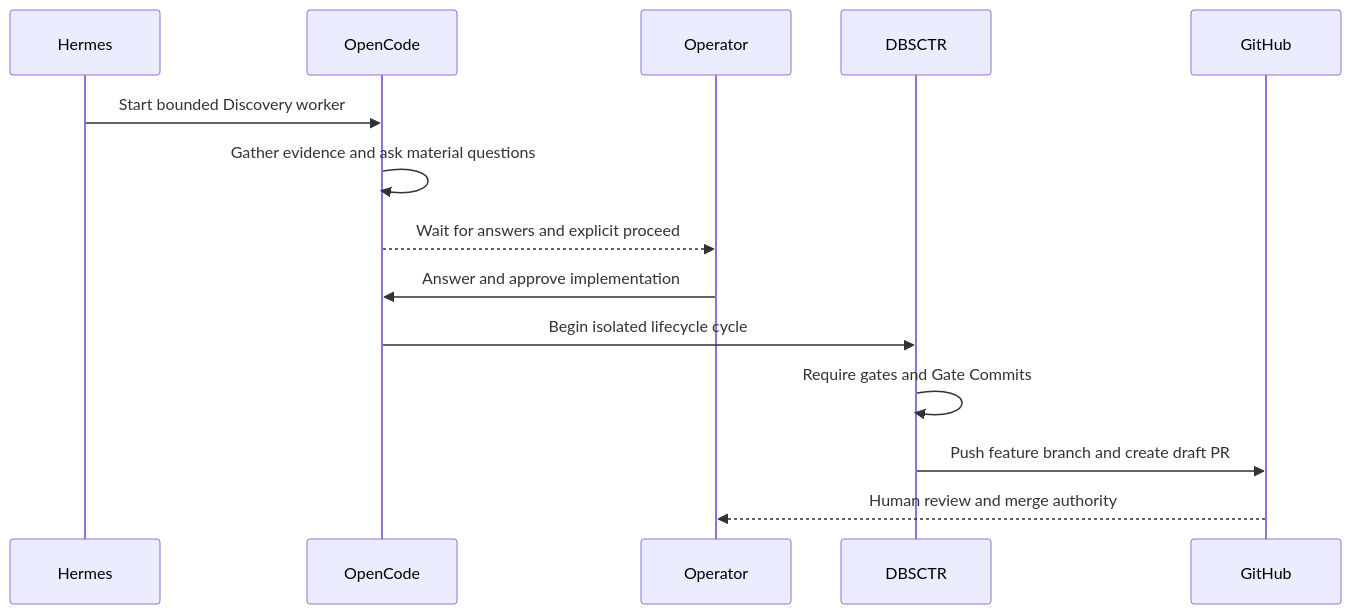
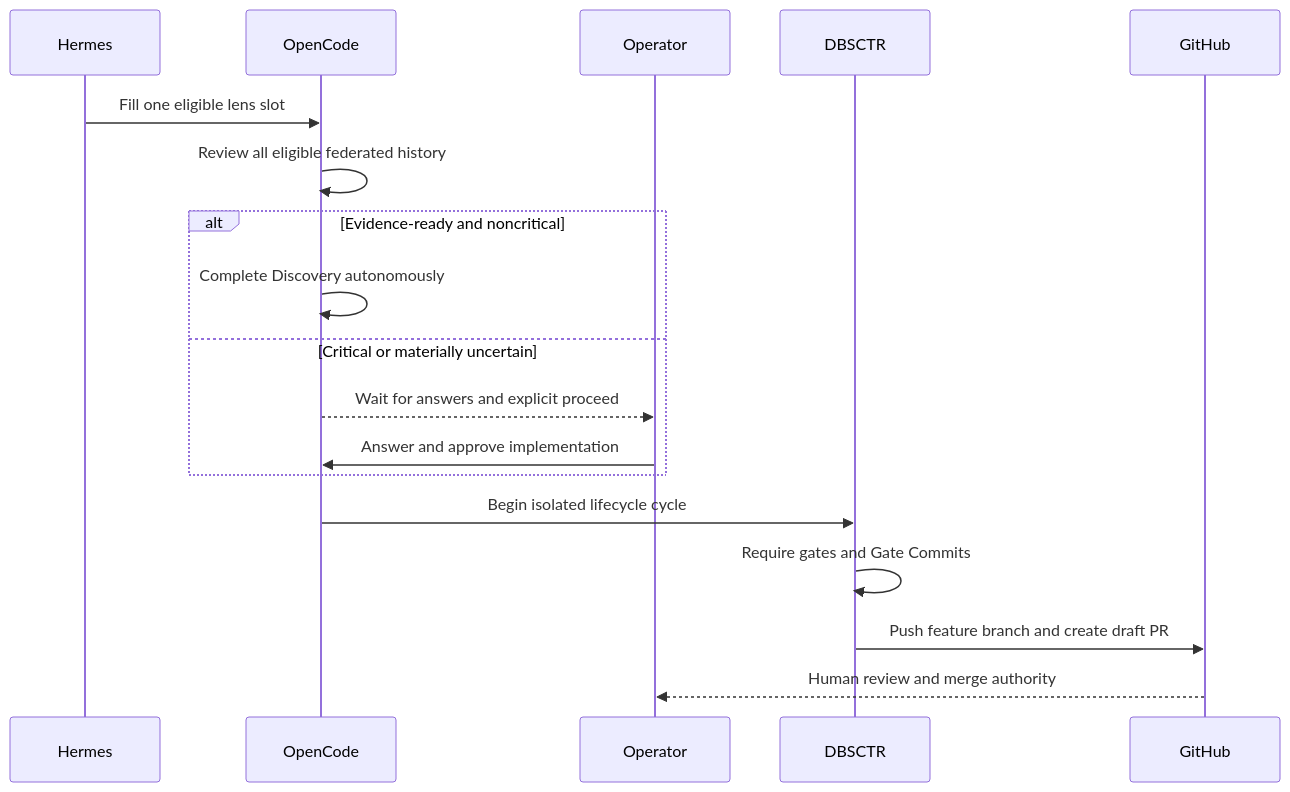
Before and after one commit to Saltiola7/dotfiles-ai: the second of 2 diagrams in docs/specs/dotfiles_ai_distribution/README.md, drawn with Mermaid. The commit also changed other lines of this file and 22 other files, not shown here.

````diff
--- a/docs/specs/dotfiles_ai_distribution/README.md
+++ b/docs/specs/dotfiles_ai_distribution/README.md
@@ -216,18 +225,22 @@
 ```mermaid
 sequenceDiagram
     accTitle: Autonomous improvement approval and delivery
-    accDescr: Hermes schedules and refines work, OpenCode performs Discovery, the operator must answer material questions and explicitly approve implementation, and DBSCTR can publish only a feature branch and draft pull request.
+    accDescr: Hermes continuously fills eligible lens slots, OpenCode may autonomously implement evidence-ready noncritical work, critical or uncertain work waits for the operator, and DBSCTR can publish only a feature branch and draft pull request.
     participant H as Hermes
     participant O as OpenCode
     participant U as Operator
     participant D as DBSCTR
     participant G as GitHub
-    H->>O: Start bounded Discovery worker
-    O->>O: Gather evidence and ask material questions
-    O-->>U: Wait for answers and explicit proceed
-    U->>O: Answer and approve implementation
+    H->>O: Fill one eligible lens slot
+    O->>O: Review all eligible federated history
+    alt Evidence-ready and noncritical
+        O->>O: Complete Discovery autonomously
+    else Critical or materially uncertain
+        O-->>U: Wait for answers and explicit proceed
+        U->>O: Answer and approve implementation
+    end
     O->>D: Begin isolated lifecycle cycle
     D->>D: Require gates and Gate Commits
     D->>G: Push feature branch and create draft PR
     G-->>U: Human review and merge authority
 ```
````
